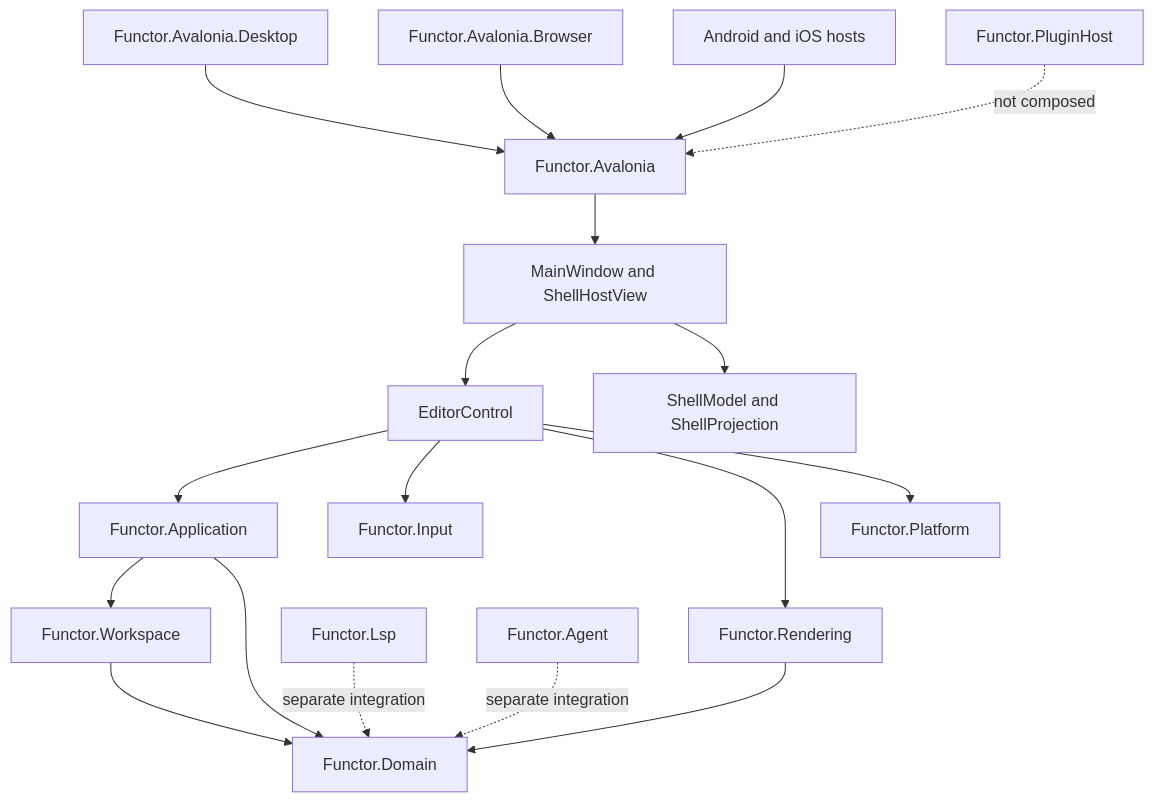
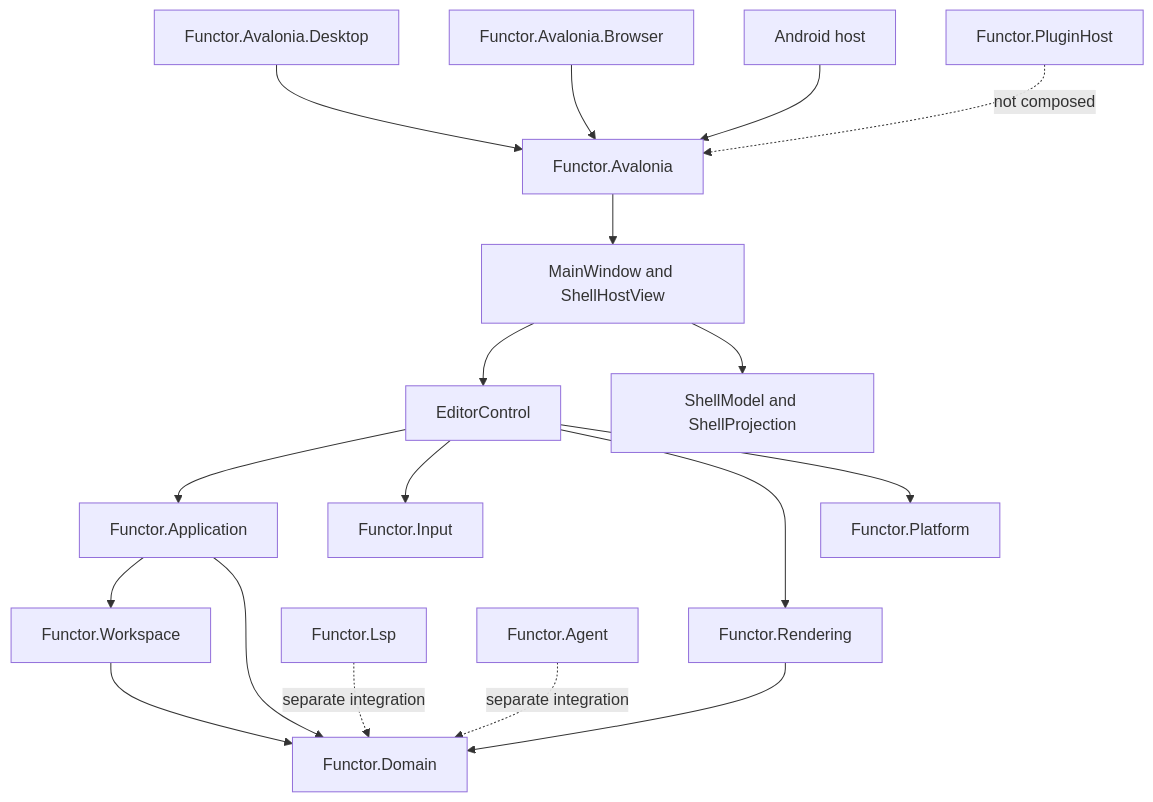
Before and after one commit to pocinho/Functor: the first of 2 diagrams in doc/notes/Current_Architecture.md, drawn with Mermaid. The commit also changed other lines of this file and 147 other files, not shown here.

````diff
--- a/doc/notes/Current_Architecture.md
+++ b/doc/notes/Current_Architecture.md
@@ -11,22 +11,22 @@
 ```mermaid
 flowchart TD
 	Desktop[Functor.Avalonia.Desktop] --> Avalonia[Functor.Avalonia]
 	Browser[Functor.Avalonia.Browser] --> Avalonia
-	Mobile[Android and iOS hosts] --> Avalonia
+	Android[Android host] --> Avalonia
 
 	Avalonia --> Shell[MainWindow and ShellHostView]
 	Shell --> Editor[EditorControl]
 	Shell --> ShellState[ShellModel and ShellProjection]
 	Editor --> Application[Functor.Application]
 	Editor --> Input[Functor.Input]
 	Editor --> Rendering[Functor.Rendering]
 	Editor --> Platform[Functor.Platform]
 	Application --> Workspace[Functor.Workspace]
 	Application --> Domain[Functor.Domain]
 	Rendering --> Domain
 	Workspace --> Domain
 
 	Lsp[Functor.Lsp] -. separate integration .-> Domain
 	Agent[Functor.Agent] -. separate integration .-> Domain
 	Plugins[Functor.PluginHost] -. not composed .-> Avalonia
 ```
````
